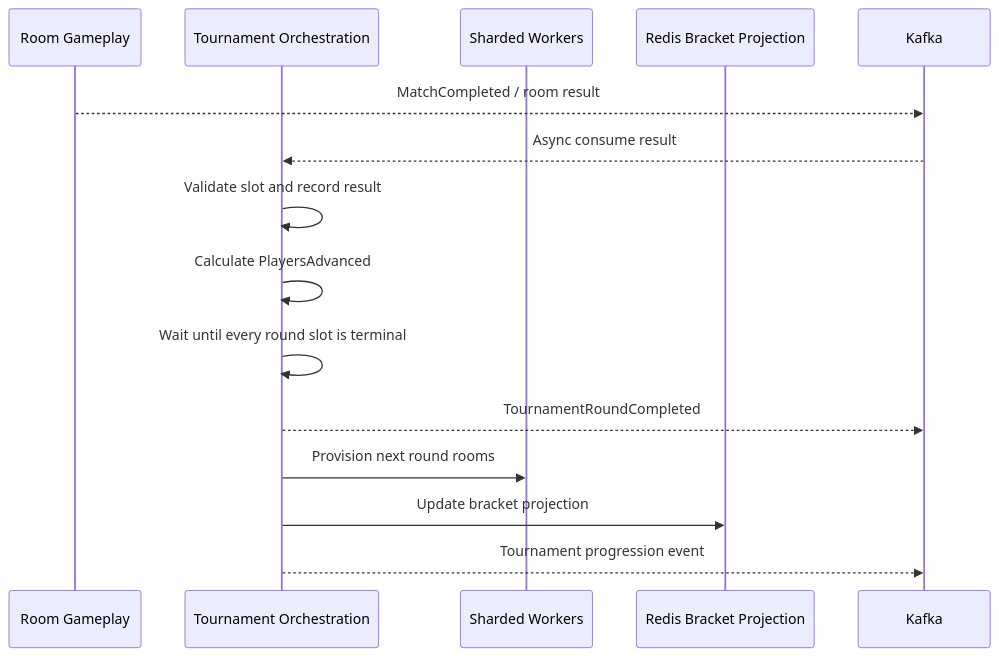
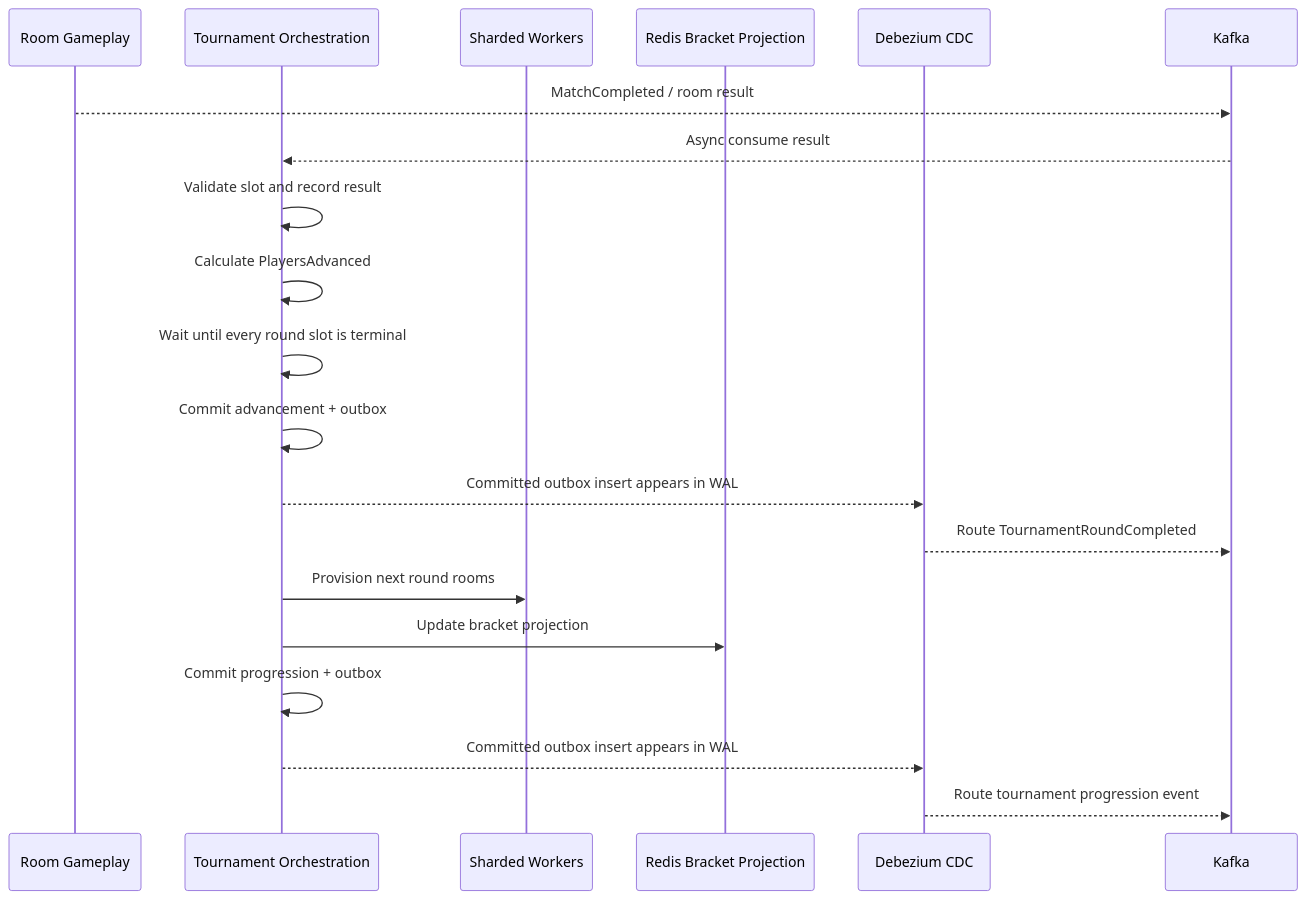
Before and after one commit to FSendot/uno-arena: the third of 8 diagrams in docs/architecture/07-sequence-diagrams.md, drawn with Mermaid. The commit also changed other lines of this file and 430 other files, not shown here.

Commit message:
feat: add durable adapters and local kind deployment architecture

````diff
--- a/docs/architecture/07-sequence-diagrams.md
+++ b/docs/architecture/07-sequence-diagrams.md
@@ -56,18 +79,23 @@
 ```mermaid
 sequenceDiagram
     participant R as Room Gameplay
     participant T as Tournament Orchestration
     participant W as Sharded Workers
     participant P as Redis Bracket Projection
+    participant D as Debezium CDC
     participant K as Kafka
 
     R-->>K: MatchCompleted / room result
     K-->>T: Async consume result
     T->>T: Validate slot and record result
     T->>T: Calculate PlayersAdvanced
     T->>T: Wait until every round slot is terminal
-    T-->>K: TournamentRoundCompleted
+    T->>T: Commit advancement + outbox
+    T-->>D: Committed outbox insert appears in WAL
+    D-->>K: Route TournamentRoundCompleted
     T->>W: Provision next round rooms
     T->>P: Update bracket projection
-    T-->>K: Tournament progression event
+    T->>T: Commit progression + outbox
+    T-->>D: Committed outbox insert appears in WAL
+    D-->>K: Route tournament progression event
 ```
````
